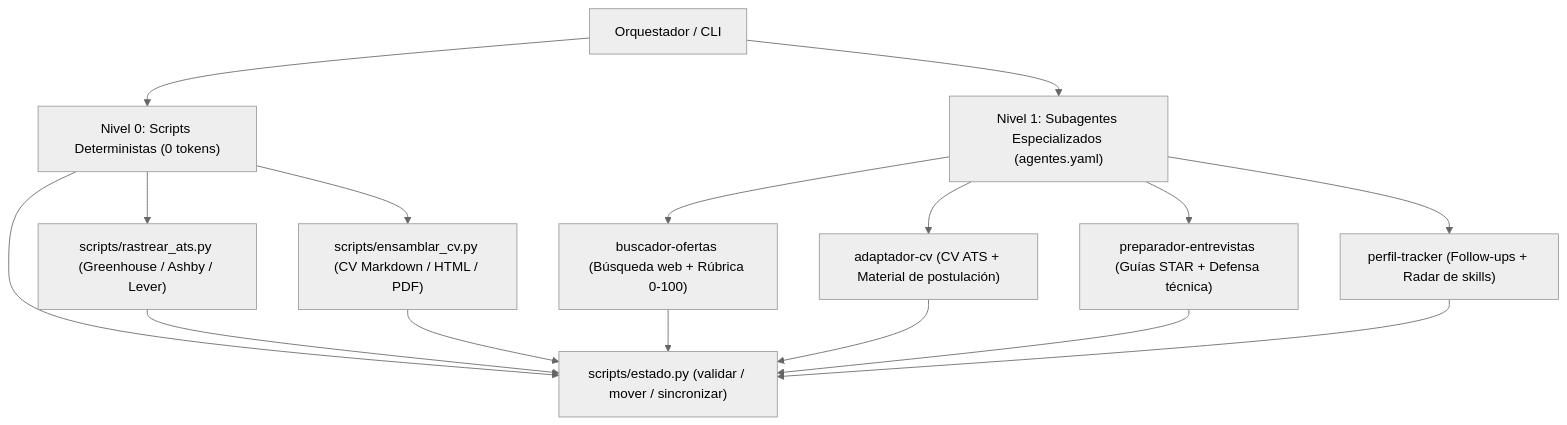
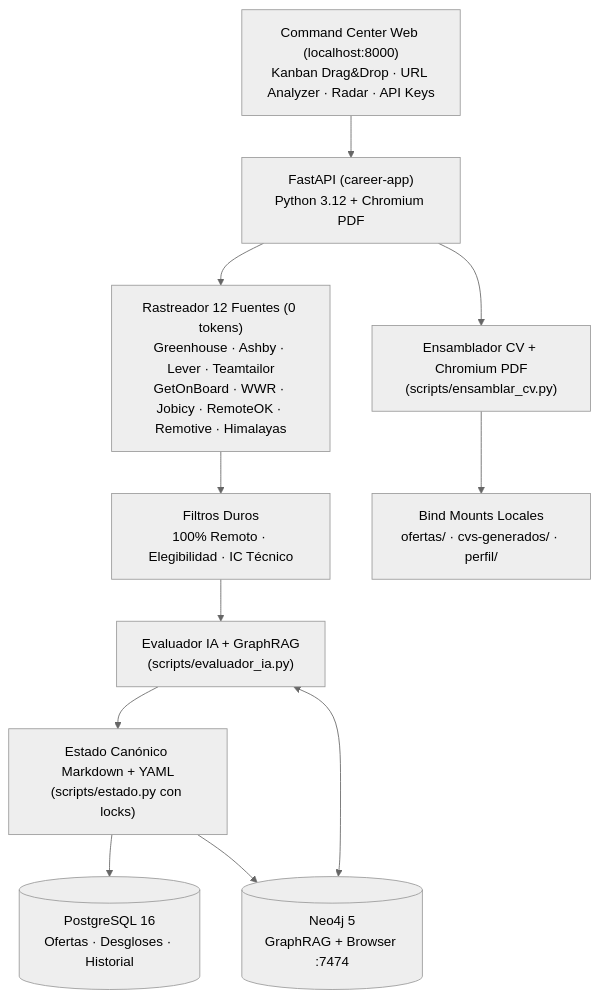
The diagram in README.md (felipevergara19/career-agent), drawn with Mermaid (neutral theme) before and after one commit. The commit also changed other lines of this file and 14 other files, not shown here.

Commit message:
feat: add Docker Compose stack (Postgres + Neo4j GraphRAG), Command Center UI, 12 live job sources, OpenRouter/multi-agent config, and complete documentation

````diff
--- a/README.md
+++ b/README.md
@@ -11,20 +35,16 @@
 ```mermaid
 flowchart TD
-    U["Orquestador / CLI"] --> N0["Nivel 0: Scripts Deterministas (0 tokens)"]
-    N0 --> ATS["scripts/rastrear_ats.py (Greenhouse / Ashby / Lever)"]
-    N0 --> CV0["scripts/ensamblar_cv.py (CV Markdown / HTML / PDF)"]
-    N0 --> EST["scripts/estado.py (validar / mover / sincronizar)"]
+    UI["Command Center Web (localhost:8000)\nKanban Drag&Drop · URL Analyzer · Radar · API Keys"] --> API["FastAPI (career-app)\nPython 3.12 + Chromium PDF"]
 
-    U --> N1["Nivel 1: Subagentes Especializados (agentes.yaml)"]
-    N1 --> B["buscador-ofertas (Búsqueda web + Rúbrica 0-100)"]
-    N1 --> A["adaptador-cv (CV ATS + Material de postulación)"]
-    N1 --> P["preparador-entrevistas (Guías STAR + Defensa técnica)"]
-    N1 --> T["perfil-tracker (Follow-ups + Radar de skills)"]
+    API --> SRC["Rastreador 12 Fuentes (0 tokens)\nGreenhouse · Ashby · Lever · Teamtailor\nGetOnBoard · WWR · Jobicy · RemoteOK · Remotive · Himalayas"]
+    SRC --> FILTRO["Filtros Duros\n100% Remoto · Elegibilidad · IC Técnico"]
+    FILTRO --> EVAL["Evaluador IA + GraphRAG\n(scripts/evaluador_ia.py)"]
 
-    ATS --> EST
-    CV0 --> EST
-    B --> EST
-    A --> EST
-    P --> EST
-    T --> EST
+    NEO[("Neo4j 5\nGraphRAG + Browser :7474")] <--> EVAL
+    EVAL --> STATE["Estado Canónico Markdown + YAML\n(scripts/estado.py con locks)"]
+    API --> CV["Ensamblador CV + Chromium PDF\n(scripts/ensamblar_cv.py)"]
+
+    STATE --> PG[("PostgreSQL 16\nOfertas · Desgloses · Historial")]
+    STATE --> NEO
+    CV --> FS["Bind Mounts Locales\nofertas/ · cvs-generados/ · perfil/"]
 ```
````
